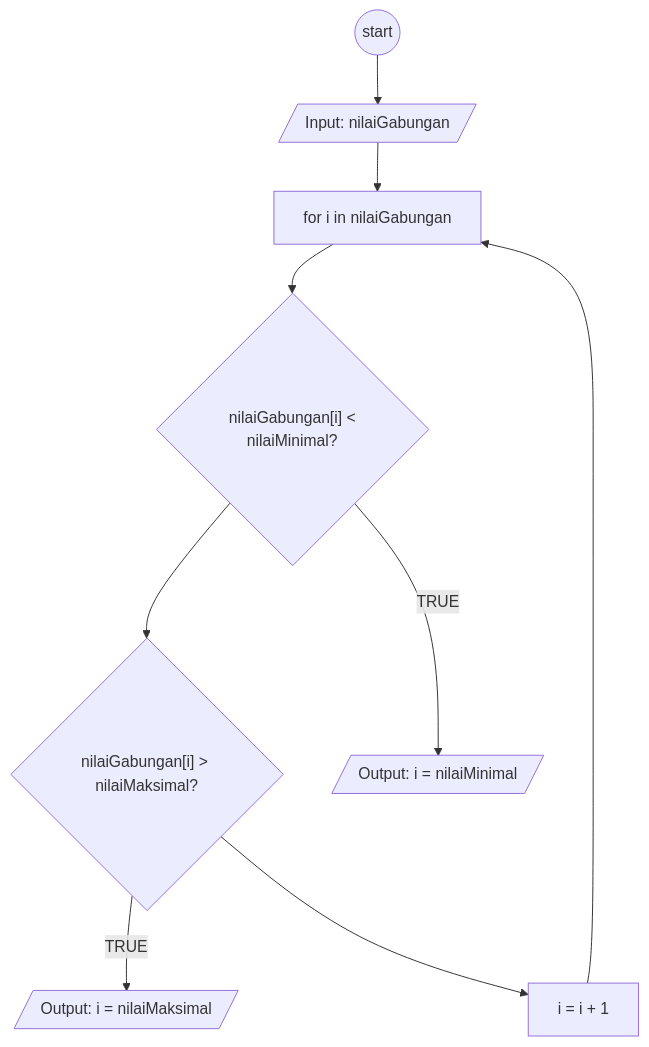
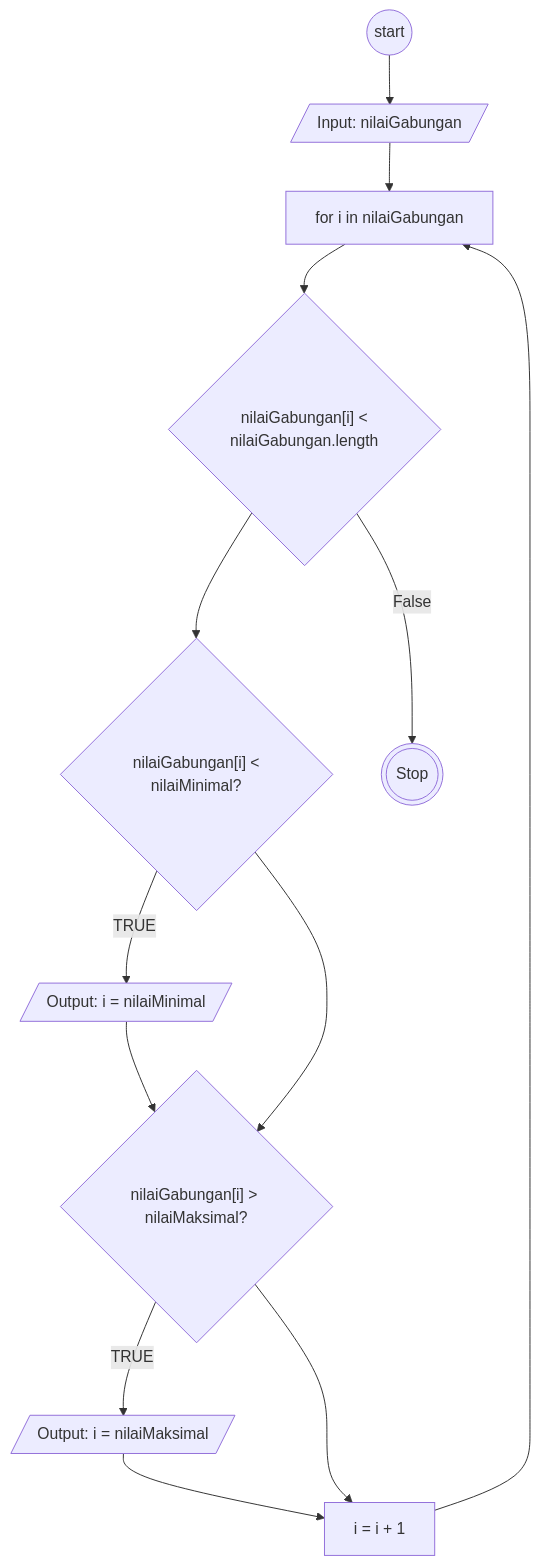
The first of 2 diagrams in task1.md (makarim22/koda-b6-javascript2), drawn with Mermaid before and after one commit.

````diff
--- a/task1.md
+++ b/task1.md
@@ -1,28 +1,34 @@
 ```mermaid
 flowchart TD
 A@{ shape: circle, label: "start" }
 
 B@{ shape: lean-r, label: "Input: nilaiGabungan" } 
 
-C@{ shape: rect, label: "for i in nilaiGabungan" }
+C@{ shape: rect, label: "for i in nilaiGabungan" } --> Y
 
 G@{ shape: rect, label: "nilaiGabungan" }
 
-D@{ shape: diamond, label: " nilaiGabungan[i] < nilaiMinimal?" } --> G
+D@{ shape: diamond, label: " nilaiGabungan[i] < nilaiMinimal?" } 
 
 G@{ shape: diamond, label: "nilaiGabungan[i] > nilaiMaksimal?" }
 
-E@{ shape: lean-r, label: "Output: i = nilaiMinimal" }
+E@{ shape: lean-r, label: "Output: i = nilaiMinimal" } --> G
 
-H@{ shape: lean-r, label: "Output: i = nilaiMaksimal" }
+H@{ shape: lean-r, label: "Output: i = nilaiMaksimal" } --> F
+
+Y@{ shape: diamond, label: " nilaiGabungan[i] < nilaiGabungan.length" } -->|False| Z
+
+Z@{ shape: dbl-circ, label: "Stop" }
 
 F@{ shape: rect, label: "i = i + 1"} 
 
 A --> B
 B --> C
-C --> D
 D -- TRUE --> E
 G -- TRUE --> H
 F --> C
 G --> F
+
+Y --> D
+D --> G
 ```
````
